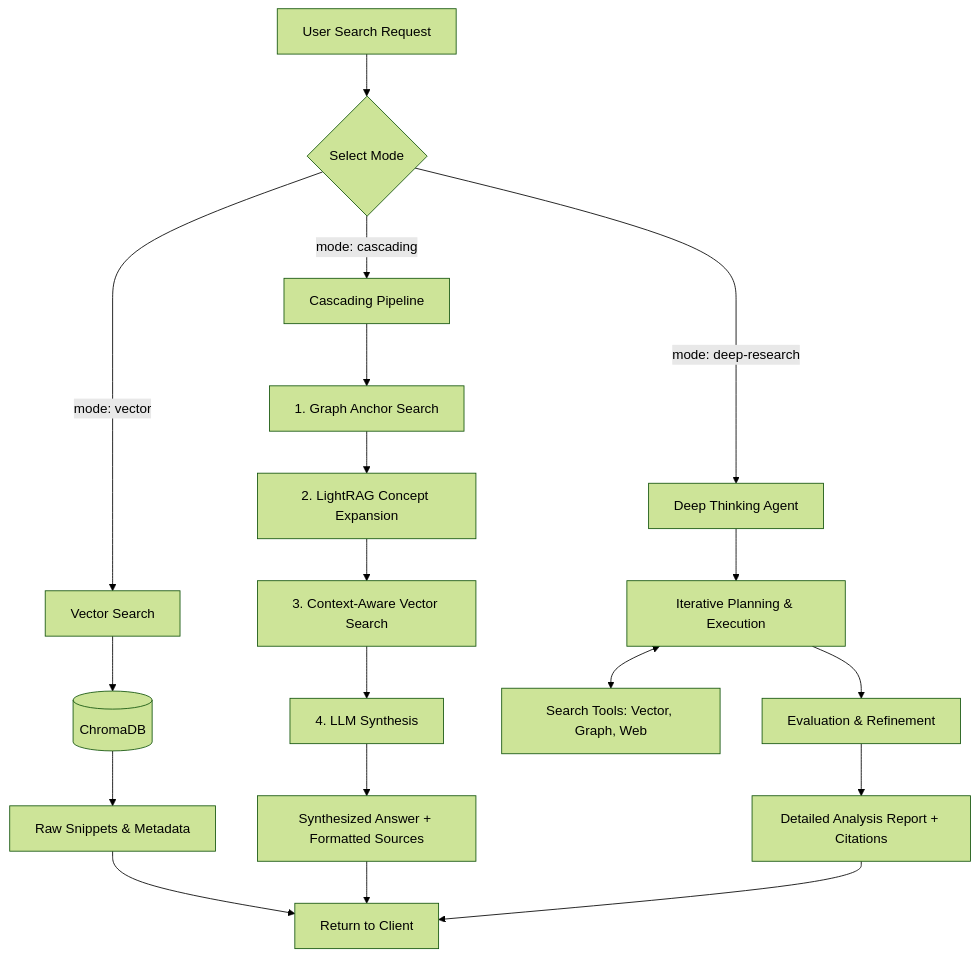
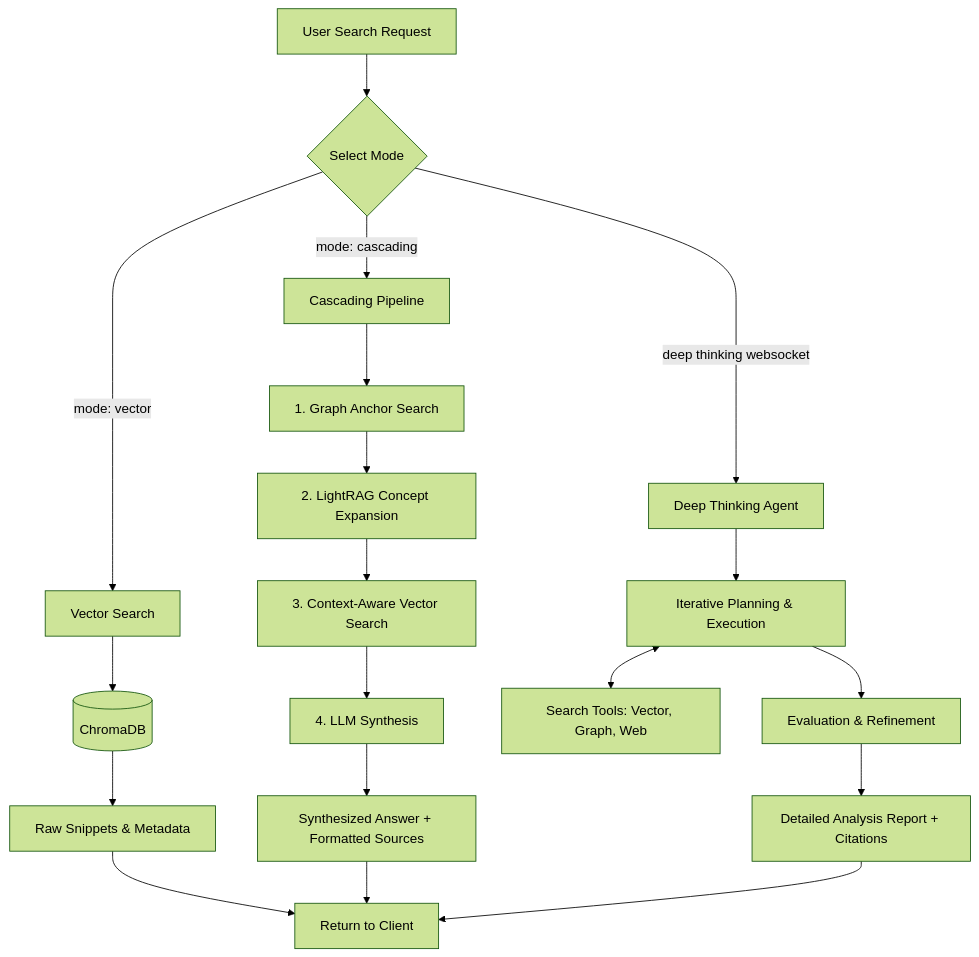
The second of 2 diagrams in Documentation/SEARCH_ARCHITECTURE.md (powskierman/obsidian_rag), drawn with Mermaid (forest theme) before and after one commit. The commit also changed other lines of this file and 12 other files, not shown here.

````diff
--- a/Documentation/SEARCH_ARCHITECTURE.md
+++ b/Documentation/SEARCH_ARCHITECTURE.md
@@ -32,27 +32,27 @@
 ```mermaid
 flowchart TD
     Request[User Search Request] --> Route{Select Mode}
     
     %% Vector Mode
     Route -->|mode: vector| Vector[Vector Search]
     Vector --> Chroma[(ChromaDB)]
     Chroma --> VectorResults[Raw Snippets & Metadata]
     VectorResults --> Return[Return to Client]
     
     %% Cascading Mode
     Route -->|mode: cascading| Cascading[Cascading Pipeline]
     Cascading --> Anchor[1. Graph Anchor Search]
     Anchor --> Expand[2. LightRAG Concept Expansion]
     Expand --> Enhance[3. Context-Aware Vector Search]
     Enhance --> Synthesize[4. LLM Synthesis]
     Synthesize --> CascadingResults[Synthesized Answer + Formatted Sources]
     CascadingResults --> Return
     
     %% Deep Research Mode
-    Route -->|mode: deep-research| DeepResearch[Deep Thinking Agent]
+    Route -->|deep thinking websocket| DeepResearch[Deep Thinking Agent]
     DeepResearch --> Loop[Iterative Planning & Execution]
     Loop <--> Tools[Search Tools: Vector, Graph, Web]
     Loop --> FinalEval[Evaluation & Refinement]
     FinalEval --> DeepResearchResults[Detailed Analysis Report + Citations]
     DeepResearchResults --> Return
 ```
````
